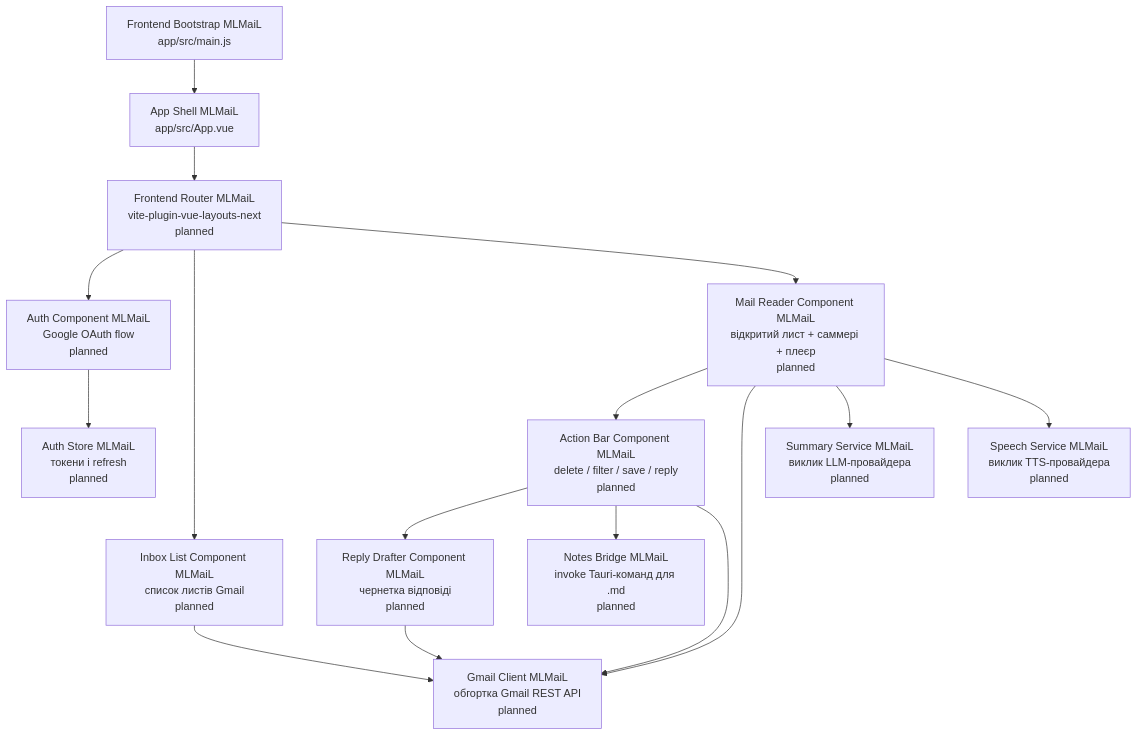
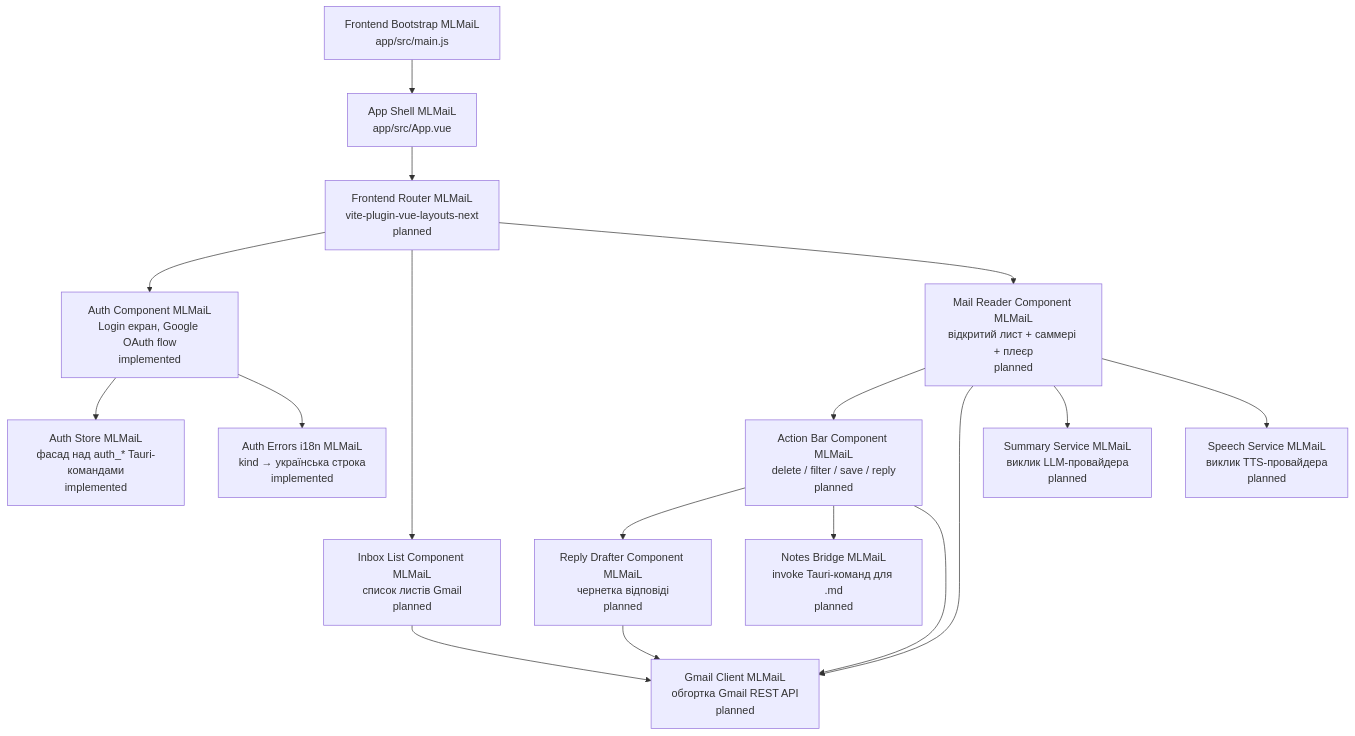
The first of 2 diagrams in docs/ci4/03-components.md (vitaliytv/mlmail), drawn with Mermaid before and after one commit. The commit also changed other lines of this file and 41 other files, not shown here.

First line of the commit message:
feat: implement Google OAuth across macOS and Android in MLMaiL

````diff
--- a/docs/ci4/03-components.md
+++ b/docs/ci4/03-components.md
@@ -12,37 +12,39 @@
 ```mermaid
 graph TB
     Bootstrap[Frontend Bootstrap MLMaiL<br/>app/src/main.js]
     Router[Frontend Router MLMaiL<br/>vite-plugin-vue-layouts-next<br/>planned]
     AppShell[App Shell MLMaiL<br/>app/src/App.vue]
 
-    Auth[Auth Component MLMaiL<br/>Google OAuth flow<br/>planned]
+    Auth[Auth Component MLMaiL<br/>Login екран, Google OAuth flow<br/>implemented]
     Inbox[Inbox List Component MLMaiL<br/>список листів Gmail<br/>planned]
     Reader[Mail Reader Component MLMaiL<br/>відкритий лист + саммері + плеєр<br/>planned]
     Actions[Action Bar Component MLMaiL<br/>delete / filter / save / reply<br/>planned]
     Drafter[Reply Drafter Component MLMaiL<br/>чернетка відповіді<br/>planned]
 
     SummaryService[Summary Service MLMaiL<br/>виклик LLM-провайдера<br/>planned]
     SpeechService[Speech Service MLMaiL<br/>виклик TTS-провайдера<br/>planned]
     GmailClient[Gmail Client MLMaiL<br/>обгортка Gmail REST API<br/>planned]
-    AuthStore[Auth Store MLMaiL<br/>токени і refresh<br/>planned]
+    AuthStore[Auth Store MLMaiL<br/>фасад над auth_* Tauri-командами<br/>implemented]
+    AuthI18n[Auth Errors i18n MLMaiL<br/>kind → українська строка<br/>implemented]
     NotesBridge[Notes Bridge MLMaiL<br/>invoke Tauri-команд для .md<br/>planned]
 
     Bootstrap --> AppShell
     AppShell --> Router
     Router --> Auth
     Router --> Inbox
     Router --> Reader
 
     Reader --> Actions
     Actions --> Drafter
 
     Auth --> AuthStore
+    Auth --> AuthI18n
     Inbox --> GmailClient
     Reader --> GmailClient
     Reader --> SummaryService
     Reader --> SpeechService
     Drafter --> GmailClient
 
     Actions --> NotesBridge
     Actions --> GmailClient
 ```
````
